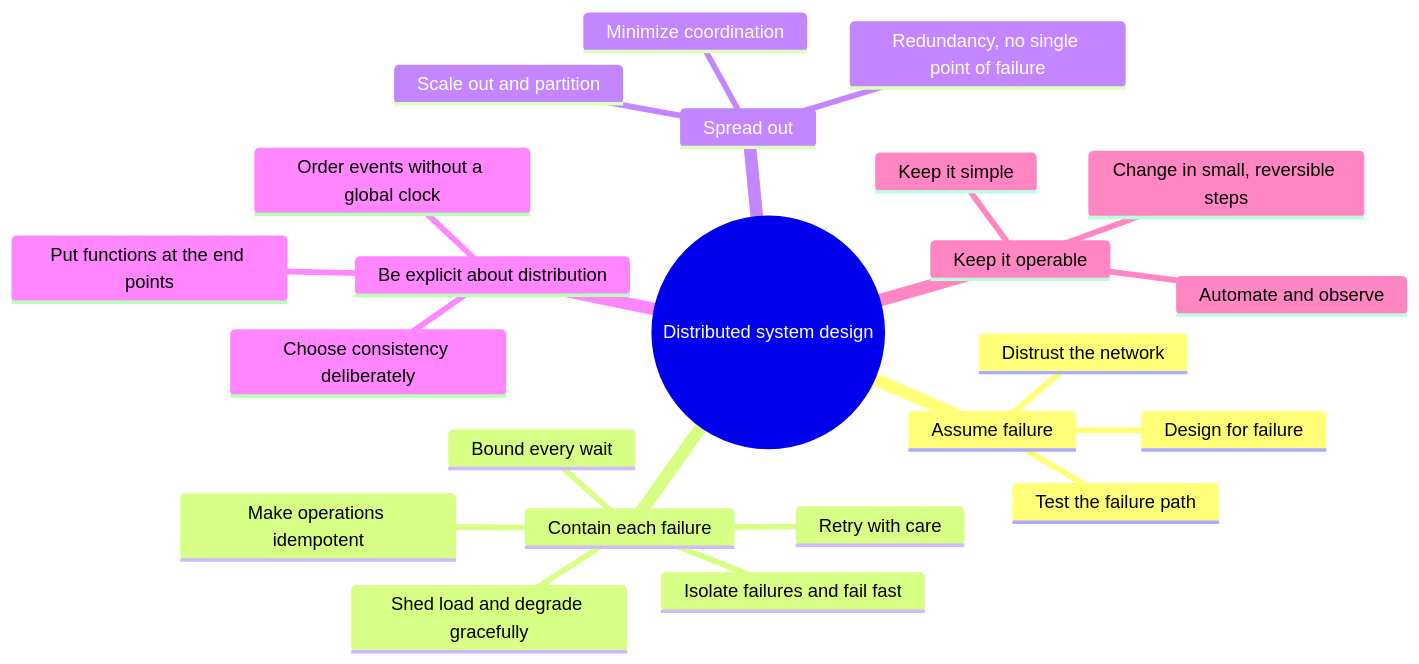
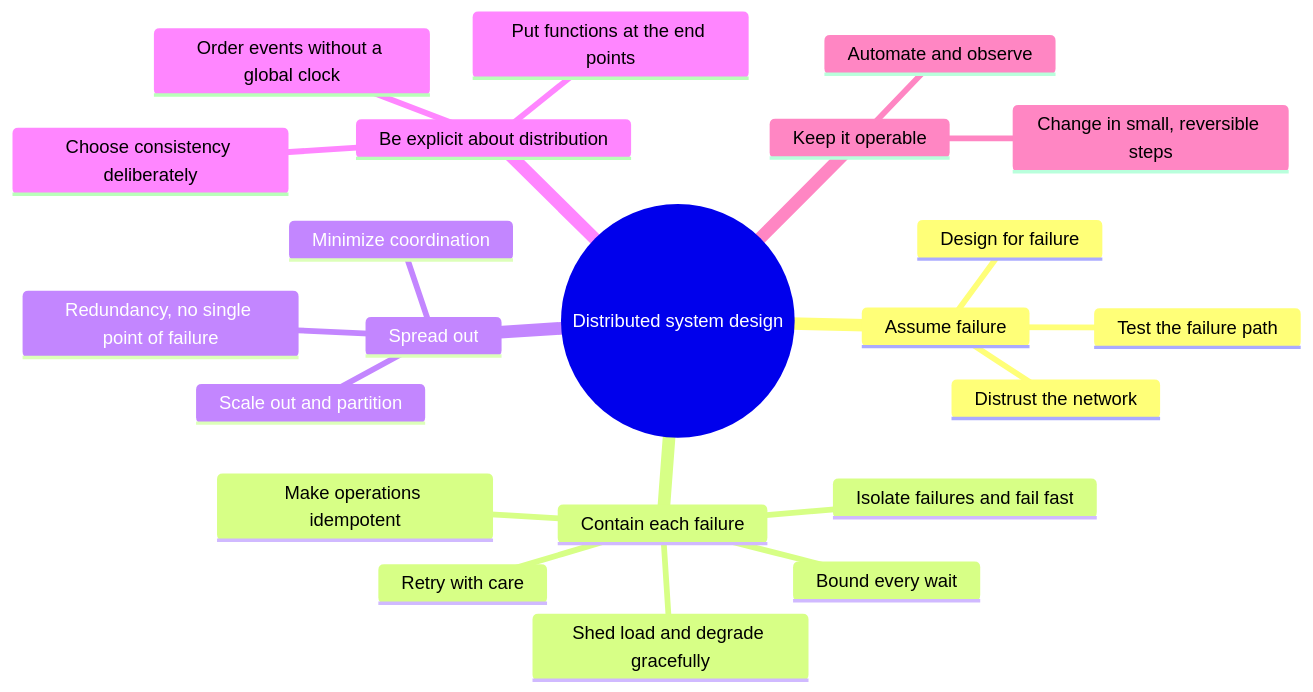
One commit to mengjiasun1992/sllmwiki-demo changed the diagram in sllmwiki/narratives/what-are-the-common-design-tenets-and-principles-for-distributed-systems.md. Above: the diagram before and after it, drawn with Mermaid. The commit also changed other lines of this file, not shown here.

````diff
--- a/sllmwiki/narratives/what-are-the-common-design-tenets-and-principles-for-distributed-systems.md
+++ b/sllmwiki/narratives/what-are-the-common-design-tenets-and-principles-for-distributed-systems.md
@@ -43,26 +43,25 @@
 ```mermaid
 mindmap
   root((Distributed system design))
     Assume failure
       Design for failure
       Distrust the network
       Test the failure path
     Contain each failure
       Bound every wait
       Retry with care
       Make operations idempotent
       Isolate failures and fail fast
       Shed load and degrade gracefully
     Spread out
       Redundancy, no single point of failure
       Scale out and partition
       Minimize coordination
     Be explicit about distribution
       Choose consistency deliberately
       Order events without a global clock
       Put functions at the end points
     Keep it operable
-      Keep it simple
       Automate and observe
       Change in small, reversible steps
 ```
````
